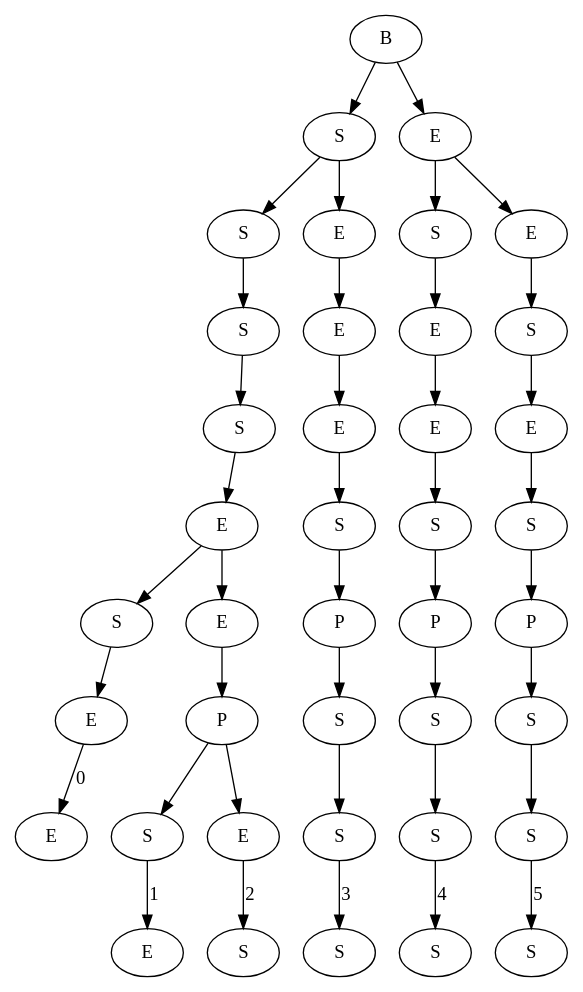
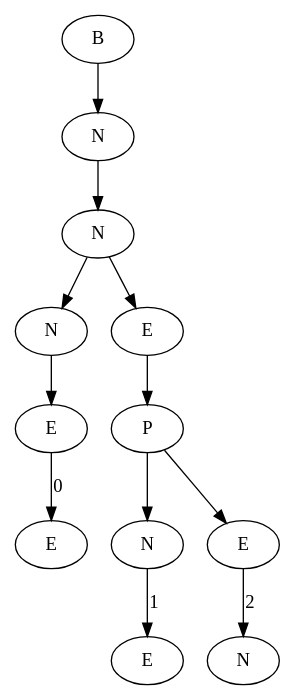
One commit to Iliyan0411/Data-Structures changed the diagram in Tom and Jerry/viz.dot. Above: the diagram before and after it, drawn with Graphviz. The commit also changed 8 other files, not shown here.

```diff
--- a/Tom and Jerry/viz.dot
+++ b/Tom and Jerry/viz.dot
@@ -1,81 +1,25 @@
 digraph G{
-7191064[label="E"]
-7190904[label="E"]
-7190904->7191064[label=0];
-7191320[label="S"]
-7191320->7190904;
-7191416[label="E"]
-7191256[label="S"]
-7191256->7191416[label=1];
-7191576[label="S"]
-7191160[label="E"]
-7191160->7191576[label=2];
-7191128[label="P"]
-7191128->7191256;
-7191128->7191160;
-7191032[label="E"]
-7191032->7191128;
-7191288[label="E"]
-7191288->7191320;
-7191288->7191032;
-7191000[label="S"]
-7191000->7191288;
-7190776[label="S"]
-7190776->7191000;
-7190872[label="S"]
-7190872->7190776;
-7192648[label="S"]
-7192552[label="S"]
-7192552->7192648[label=3];
-7191912[label="S"]
-7191912->7192552;
-7192168[label="P"]
-7192168->7191912;
-7192136[label="S"]
-7192136->7192168;
-7192680[label="E"]
-7192680->7192136;
-7192424[label="E"]
-7192424->7192680;
-7192296[label="E"]
-7192296->7192424;
-7190840[label="S"]
-7190840->7190872;
-7190840->7192296;
-7193224[label="S"]
-7193544[label="S"]
-7193544->7193224[label=4];
-7191880[label="S"]
-7191880->7193544;
-7192040[label="P"]
-7192040->7191880;
-7192584[label="S"]
-7192584->7192040;
-7192616[label="E"]
-7192616->7192584;
-7191720[label="E"]
-7191720->7192616;
-7192520[label="S"]
-7192520->7191720;
-7192744[label="S"]
-7192872[label="S"]
-7192872->7192744[label=5];
-7193608[label="S"]
-7193608->7192872;
-7193000[label="P"]
-7193000->7193608;
-7193416[label="S"]
-7193416->7193000;
-7193288[label="E"]
-7193288->7193416;
-7192936[label="S"]
-7192936->7193288;
-7193352[label="E"]
-7193352->7192936;
-7192392[label="E"]
-7192392->7192520;
-7192392->7193352;
-7190648[label="B"]
-7190648->7190840;
-7190648->7192392;
+7580752[label="E"]
+7581328[label="E"]
+7581328->7580752[label=0];
+7581008[label="N"]
+7581008->7581328;
+7581520[label="E"]
+7580944[label="N"]
+7580944->7581520[label=1];
+7581136[label="N"]
+7581200[label="E"]
+7581200->7581136[label=2];
+7581168[label="P"]
+7581168->7580944;
+7581168->7581200;
+7580880[label="E"]
+7580880->7581168;
+7581392[label="N"]
+7581392->7581008;
+7581392->7580880;
+7581264[label="N"]
+7581264->7581392;
+7581296[label="B"]
+7581296->7581264;
 }
```
